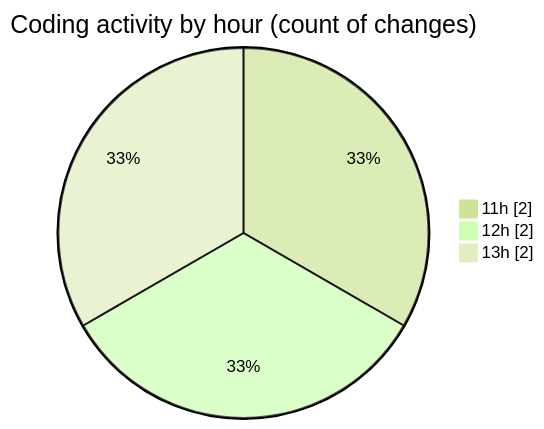
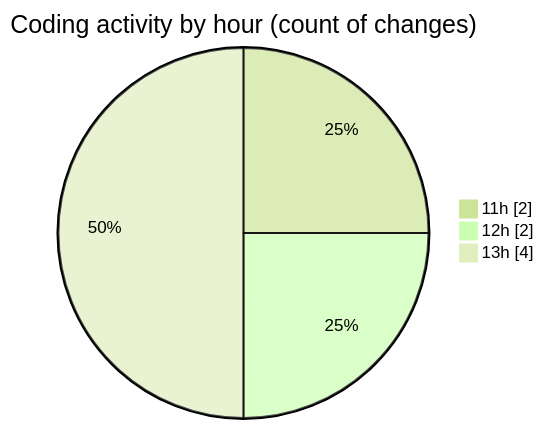
Before and after one commit to nxtqubesakshisongat/code-tracking: the second of 2 diagrams in 2025-07-02/argos/README.md, drawn with Mermaid (forest theme). The commit also changed other lines of this file and 1 other file, not shown here.

````diff
--- a/2025-07-02/argos/README.md
+++ b/2025-07-02/argos/README.md
@@ -32,7 +33,7 @@
 ```mermaid
 pie showData
 title Coding activity by hour (count of changes)
 "11h" : 2
 "12h" : 2
-"13h" : 2
+"13h" : 4
 ```
````
